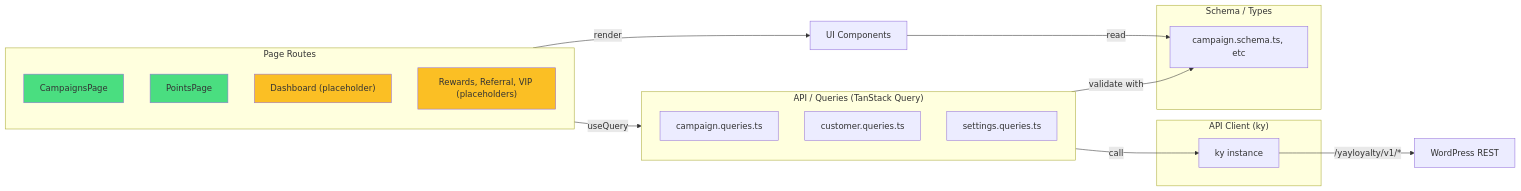
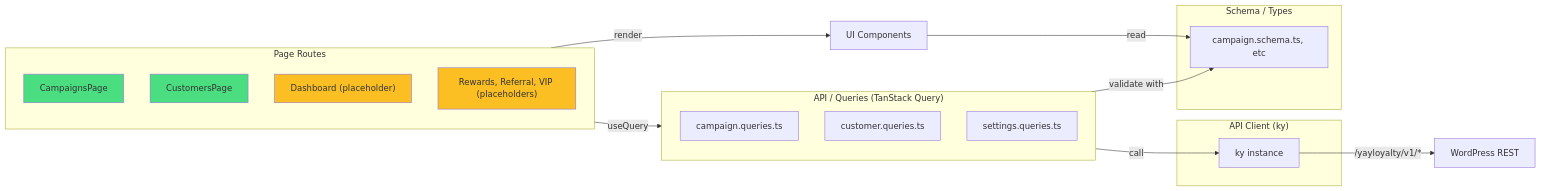
One commit to YayCommerce/YayLoyalty changed the second of 3 diagrams in docs/system-architecture.md. Above: the diagram before and after it, drawn with Mermaid. The commit also changed other lines of this file and 2 other files, not shown here.

````diff
--- a/docs/system-architecture.md
+++ b/docs/system-architecture.md
@@ -81,36 +81,36 @@
 ```mermaid
 flowchart LR
     subgraph Pages["Page Routes"]
         Camp["CampaignsPage"]
-        Points["PointsPage"]
+        Cust["CustomersPage"]
         Dash["Dashboard (placeholder)"]
         Other["Rewards, Referral, VIP (placeholders)"]
     end
 
     subgraph Queries["API / Queries (TanStack Query)"]
         CampQry["campaign.queries.ts"]
         CustQry["customer.queries.ts"]
         SetQry["settings.queries.ts"]
     end
 
     subgraph API["API Client (ky)"]
         KyClient["ky instance"]
     end
 
     subgraph Schema["Schema / Types"]
         ZodSchema["campaign.schema.ts, etc"]
     end
 
     Pages -->|useQuery| Queries
     Queries -->|call| KyClient
     KyClient -->|/yayloyalty/v1/*| WordPress["WordPress REST"]
     Queries -->|validate with| ZodSchema
 
     Pages -->|render| Components["UI Components"]
     Components -->|read| ZodSchema
 
     style Camp fill:#4ade80
-    style Points fill:#4ade80
+    style Cust fill:#4ade80
     style Dash fill:#fbbf24
     style Other fill:#fbbf24
 ```
````
